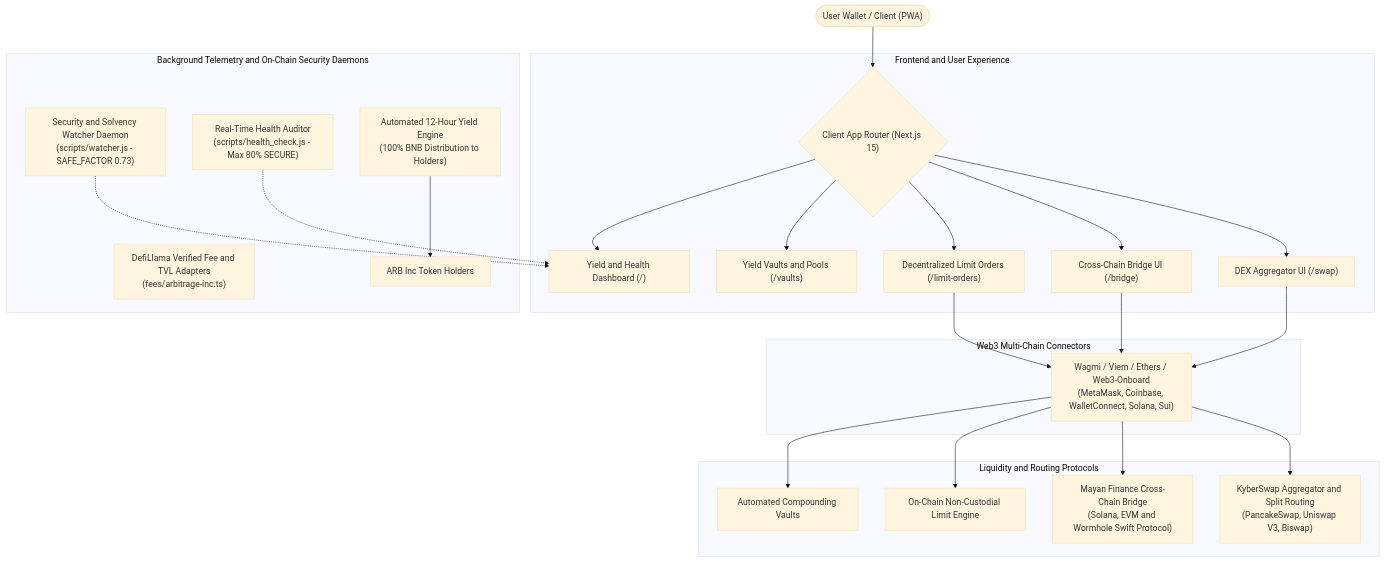
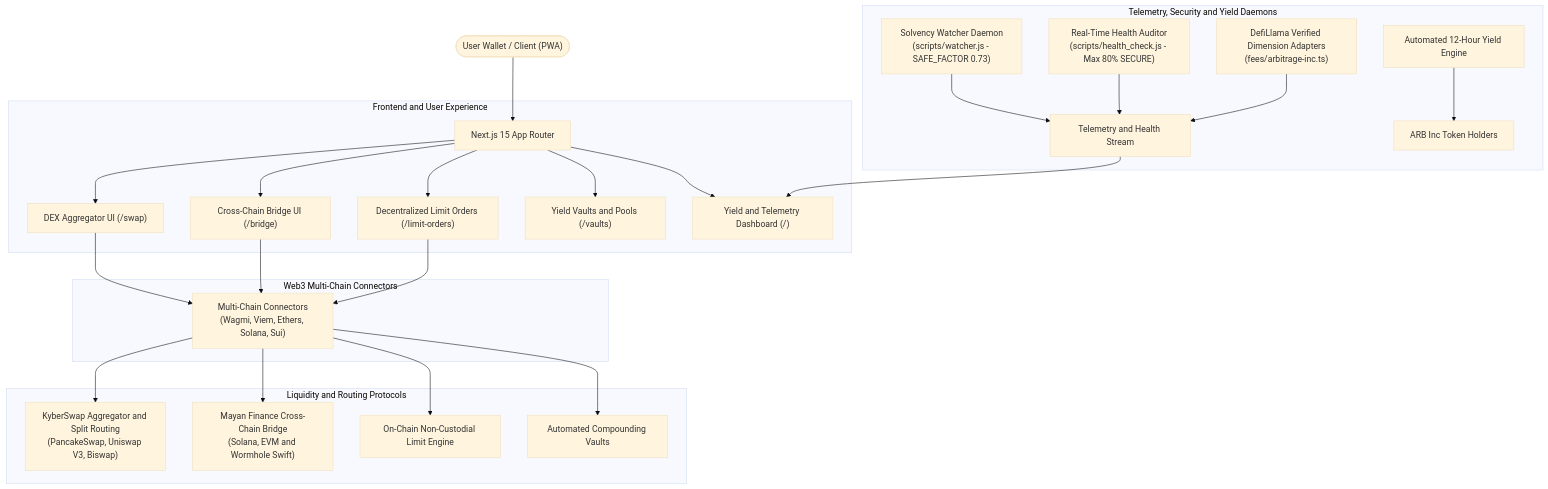
One commit to Lukecele/Arb-Inc-All-in-Dex changed the diagram in README.md. Above: the diagram before and after it, drawn with Mermaid (base theme).

Commit message:
docs(mermaid): standardize topology flowchart to prevent rich display error

````diff
--- a/README.md
+++ b/README.md
@@ -59,35 +59,33 @@
 ```mermaid
 flowchart TD
-    User(["User Wallet / Client (PWA)"]) --> Router{"Client App Router (Next.js 15)"}
+    User(["User Wallet / Client (PWA)"]) --> Router["Next.js 15 App Router"]
     
     subgraph Frontend["Frontend and User Experience"]
         Router --> SwapUI["DEX Aggregator UI (/swap)"]
         Router --> BridgeUI["Cross-Chain Bridge UI (/bridge)"]
         Router --> LimitUI["Decentralized Limit Orders (/limit-orders)"]
         Router --> VaultsUI["Yield Vaults and Pools (/vaults)"]
-        Router --> DashUI["Yield and Health Dashboard (/)"]
+        Router --> DashUI["Yield and Telemetry Dashboard (/)"]
     end
     
     subgraph Web3Core["Web3 Multi-Chain Connectors"]
-        SwapUI --> Connectors["Wagmi / Viem / Ethers / Web3-Onboard<br/>(MetaMask, Coinbase, WalletConnect, Solana, Sui)"]
+        SwapUI --> Connectors["Multi-Chain Connectors<br>(Wagmi, Viem, Ethers, Solana, Sui)"]
         BridgeUI --> Connectors
         LimitUI --> Connectors
     end
     
     subgraph ExecutionEngine["Liquidity and Routing Protocols"]
-        Connectors --> Kyber["KyberSwap Aggregator and Split Routing<br/>(PancakeSwap, Uniswap V3, Biswap)"]
-        Connectors --> Mayan["Mayan Finance Cross-Chain Bridge<br/>(Solana, EVM and Wormhole Swift Protocol)"]
+        Connectors --> Kyber["KyberSwap Aggregator and Split Routing<br>(PancakeSwap, Uniswap V3, Biswap)"]
+        Connectors --> Mayan["Mayan Finance Cross-Chain Bridge<br>(Solana, EVM and Wormhole Swift)"]
         Connectors --> LimitOrders["On-Chain Non-Custodial Limit Engine"]
         Connectors --> Beefy["Automated Compounding Vaults"]
     end
     
-    subgraph DaemonSecurity["Background Telemetry and On-Chain Security Daemons"]
-        Watcher["Security and Solvency Watcher Daemon<br/>(scripts/watcher.js - SAFE_FACTOR 0.73)"]
-        HealthCheck["Real-Time Health Auditor<br/>(scripts/health_check.js - Max 80% SECURE)"]
-        YieldDistributor["Automated 12-Hour Yield Engine<br/>(100% BNB Distribution to Holders)"]
-        DefiLlama["DefiLlama Verified Fee and TVL Adapters<br/>(fees/arbitrage-inc.ts)"]
-        Watcher -.-> DashUI
-        HealthCheck -.-> DashUI
-        YieldDistributor --> Holders["ARB Inc Token Holders"]
+    subgraph DaemonSecurity["Telemetry, Security and Yield Daemons"]
+        Watcher["Solvency Watcher Daemon<br>(scripts/watcher.js - SAFE_FACTOR 0.73)"] --> Telemetry["Telemetry and Health Stream"]
+        HealthCheck["Real-Time Health Auditor<br>(scripts/health_check.js - Max 80% SECURE)"] --> Telemetry
+        DefiLlama["DefiLlama Verified Dimension Adapters<br>(fees/arbitrage-inc.ts)"] --> Telemetry
+        Telemetry --> DashUI
+        YieldDistributor["Automated 12-Hour Yield Engine"] --> Holders["ARB Inc Token Holders"]
     end
 ```
````
